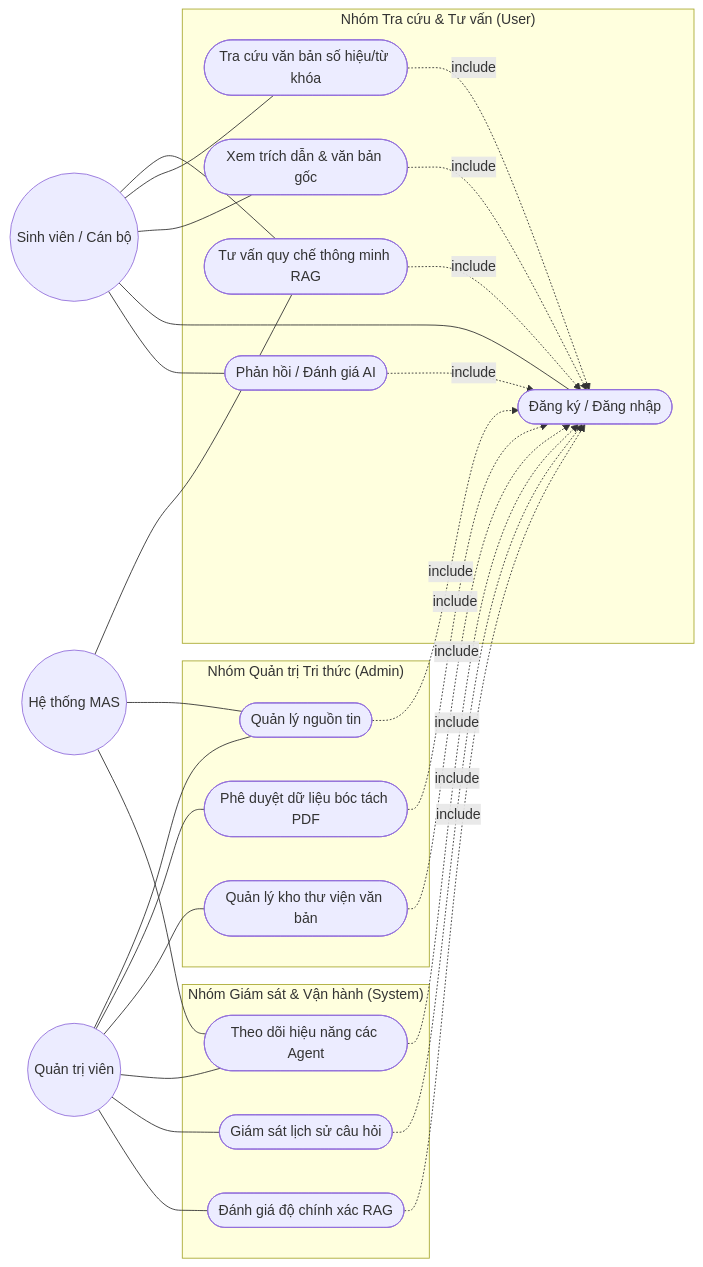
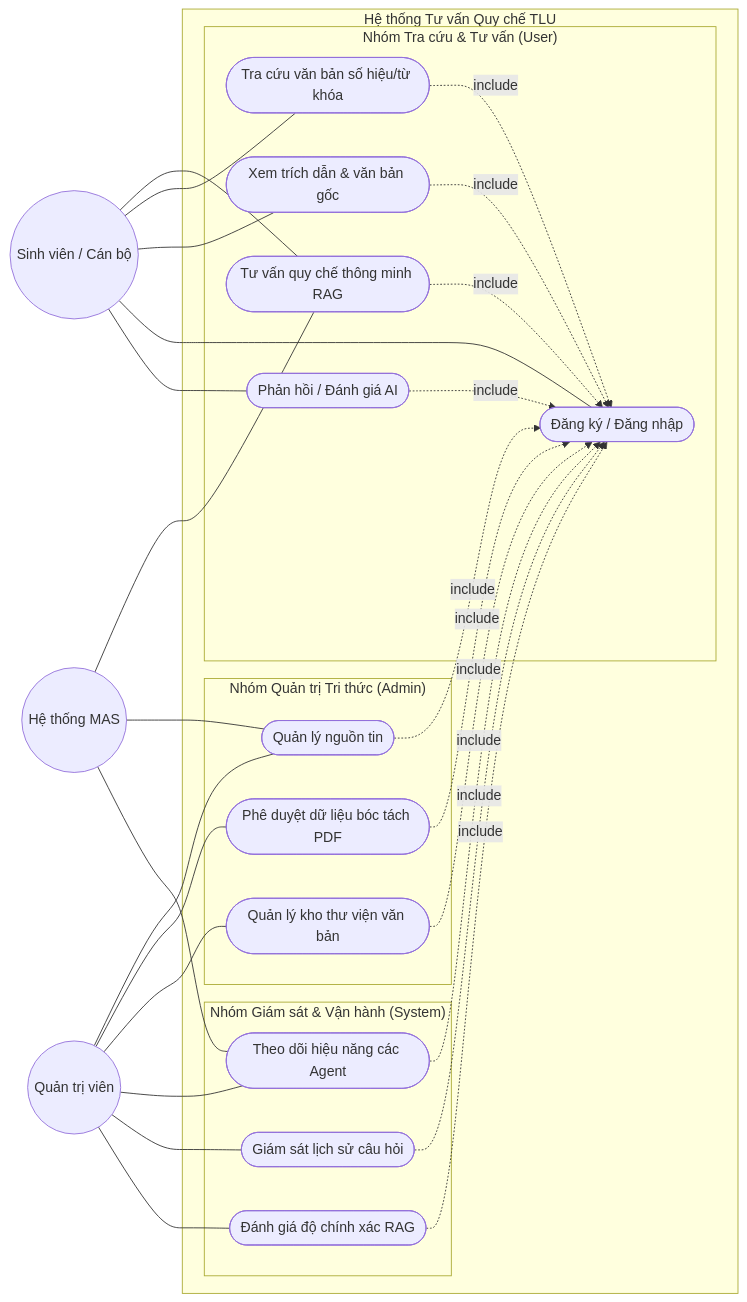
The second of 3 diagrams in taskWeek1-2/COMPREHENSIVE_REPORT_WEEK1-2.md (ntai0404/DATN_2251162143_ProgressNote), drawn with Mermaid before and after one commit.

Commit message:
Refine Use Case diagram with System Boundary frame

````diff
--- a/taskWeek1-2/COMPREHENSIVE_REPORT_WEEK1-2.md
+++ b/taskWeek1-2/COMPREHENSIVE_REPORT_WEEK1-2.md
@@ -113,54 +113,56 @@
 ```mermaid
 graph LR
     User((Sinh viên / Cán bộ)) 
     Admin((Quản trị viên))
     MAS((Hệ thống MAS))
     
-    subgraph "Nhóm Tra cứu & Tư vấn (User)"
-        UC1([Tư vấn quy chế thông minh RAG])
-        UC2([Tra cứu văn bản số hiệu/từ khóa])
-        UC3([Xem trích dẫn & văn bản gốc])
-        UC4([Đăng ký / Đăng nhập])
-        UC5([Phản hồi / Đánh giá AI])
-    end
-    
-    subgraph "Nhóm Quản trị Tri thức (Admin)"
-        UC6([Quản lý nguồn tin])
-        UC7([Phê duyệt dữ liệu bóc tách PDF])
-        UC8([Quản lý kho thư viện văn bản])
-    end
-    
-    subgraph "Nhóm Giám sát & Vận hành (System)"
-        UC9([Theo dõi hiệu năng các Agent])
-        UC10([Giám sát lịch sử câu hỏi])
-        UC11([Đánh giá độ chính xác RAG])
+    subgraph "Hệ thống Tư vấn Quy chế TLU" 
+        subgraph "Nhóm Tra cứu & Tư vấn (User)"
+            UC1([Tư vấn quy chế thông minh RAG])
+            UC2([Tra cứu văn bản số hiệu/từ khóa])
+            UC3([Xem trích dẫn & văn bản gốc])
+            UC4([Đăng ký / Đăng nhập])
+            UC5([Phản hồi / Đánh giá AI])
+        end
+        
+        subgraph "Nhóm Quản trị Tri thức (Admin)"
+            UC6([Quản lý nguồn tin])
+            UC7([Phê duyệt dữ liệu bóc tách PDF])
+            UC8([Quản lý kho thư viện văn bản])
+        end
+        
+        subgraph "Nhóm Giám sát & Vận hành (System)"
+            UC9([Theo dõi hiệu năng các Agent])
+            UC10([Giám sát lịch sử câu hỏi])
+            UC11([Đánh giá độ chính xác RAG])
+        end
     end
     
     User --- UC1
     User --- UC2
     User --- UC3
     User --- UC4
     User --- UC5
     
     Admin --- UC6
     Admin --- UC7
     Admin --- UC8
     Admin --- UC9
     Admin --- UC10
     Admin --- UC11
     
     MAS --- UC1
     MAS --- UC6
     MAS --- UC9
     
     UC1 -.-> |include| UC4
     UC2 -.-> |include| UC4
     UC3 -.-> |include| UC4
     UC5 -.-> |include| UC4
     UC6 -.-> |include| UC4
     UC7 -.-> |include| UC4
     UC8 -.-> |include| UC4
     UC9 -.-> |include| UC4
     UC10 -.-> |include| UC4
     UC11 -.-> |include| UC4
 ```
````
